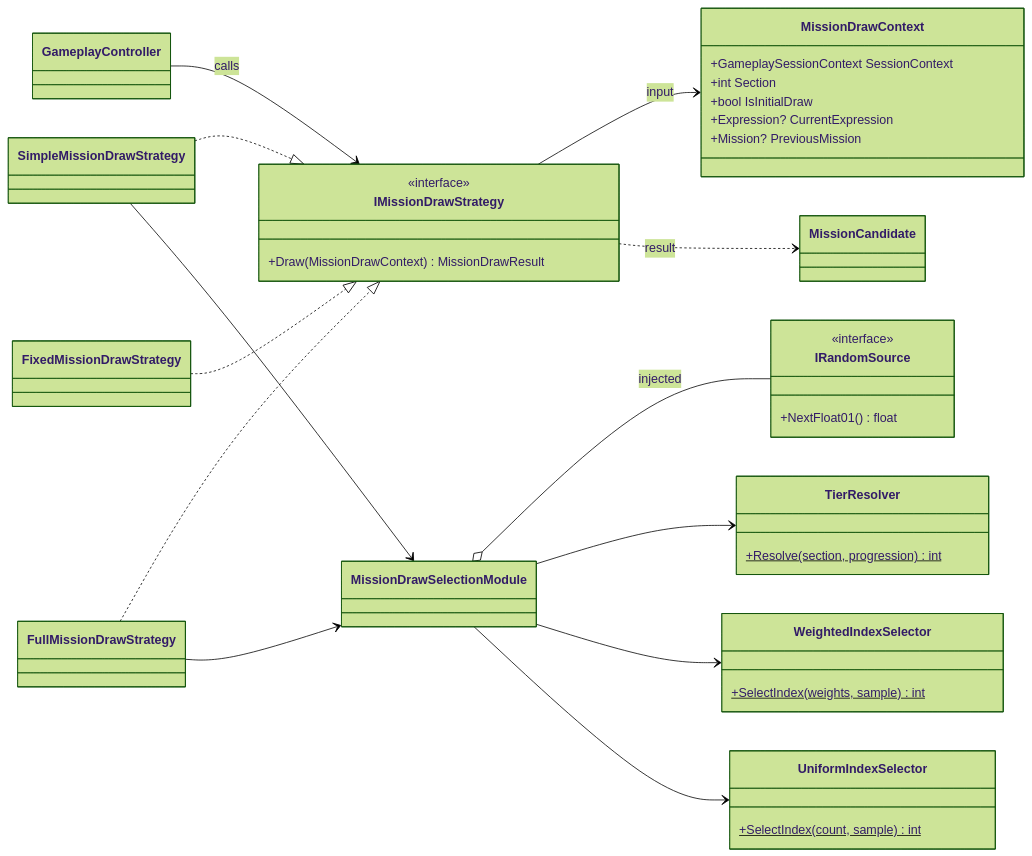
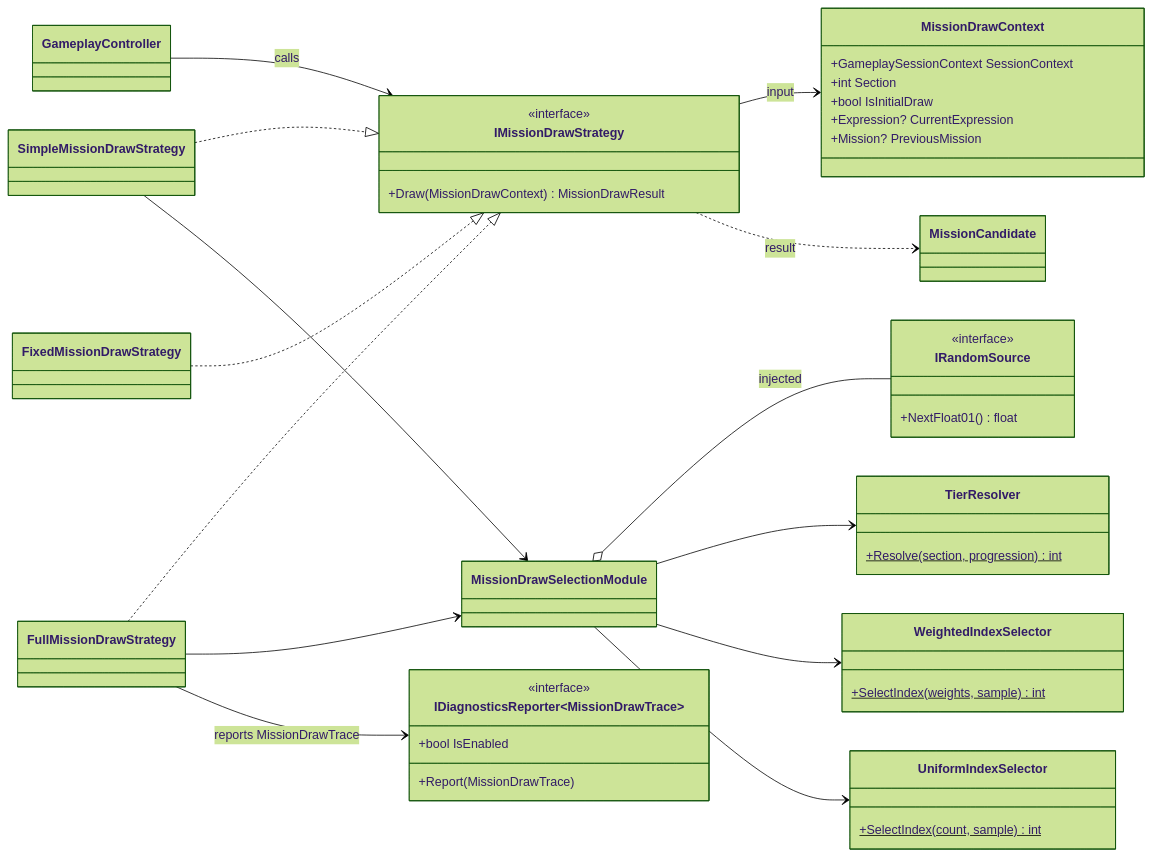
The tenth of 13 diagrams in docs/architecture/core/core-logic-overview.md (MicomProcedure/change-change-change), drawn with Mermaid (forest theme) before and after one commit. The commit also changed 78 other files, not shown here.

````diff
--- a/docs/architecture/core/core-logic-overview.md
+++ b/docs/architecture/core/core-logic-overview.md
@@ -397,48 +397,54 @@
 ```mermaid
 classDiagram
 direction LR
 
 class GameplayController
 class IMissionDrawStrategy {
   <<interface>>
   +Draw(MissionDrawContext) MissionDrawResult
 }
 class SimpleMissionDrawStrategy
 class FullMissionDrawStrategy
 class FixedMissionDrawStrategy
 class MissionDrawSelectionModule
+class IDiagnosticsReporter~MissionDrawTrace~ {
+  <<interface>>
+  +bool IsEnabled
+  +Report(MissionDrawTrace)
+}
 class IRandomSource {
   <<interface>>
   +NextFloat01() float
 }
 class TierResolver {
   +Resolve(section, progression)$ int
 }
 class WeightedIndexSelector {
   +SelectIndex(weights, sample)$ int
 }
 class UniformIndexSelector {
   +SelectIndex(count, sample)$ int
 }
 class MissionDrawContext {
   +GameplaySessionContext SessionContext
   +int Section
   +bool IsInitialDraw
   +Expression? CurrentExpression
   +Mission? PreviousMission
 }
 class MissionCandidate
 
 GameplayController --> IMissionDrawStrategy : calls
 SimpleMissionDrawStrategy ..|> IMissionDrawStrategy
 FullMissionDrawStrategy ..|> IMissionDrawStrategy
 FixedMissionDrawStrategy ..|> IMissionDrawStrategy
 SimpleMissionDrawStrategy --> MissionDrawSelectionModule
 FullMissionDrawStrategy --> MissionDrawSelectionModule
+FullMissionDrawStrategy --> IDiagnosticsReporter : reports MissionDrawTrace
 MissionDrawSelectionModule o-- IRandomSource : injected
 MissionDrawSelectionModule --> TierResolver
 MissionDrawSelectionModule --> WeightedIndexSelector
 MissionDrawSelectionModule --> UniformIndexSelector
 IMissionDrawStrategy --> MissionDrawContext : input
 IMissionDrawStrategy ..> MissionCandidate : result
 ```
````
